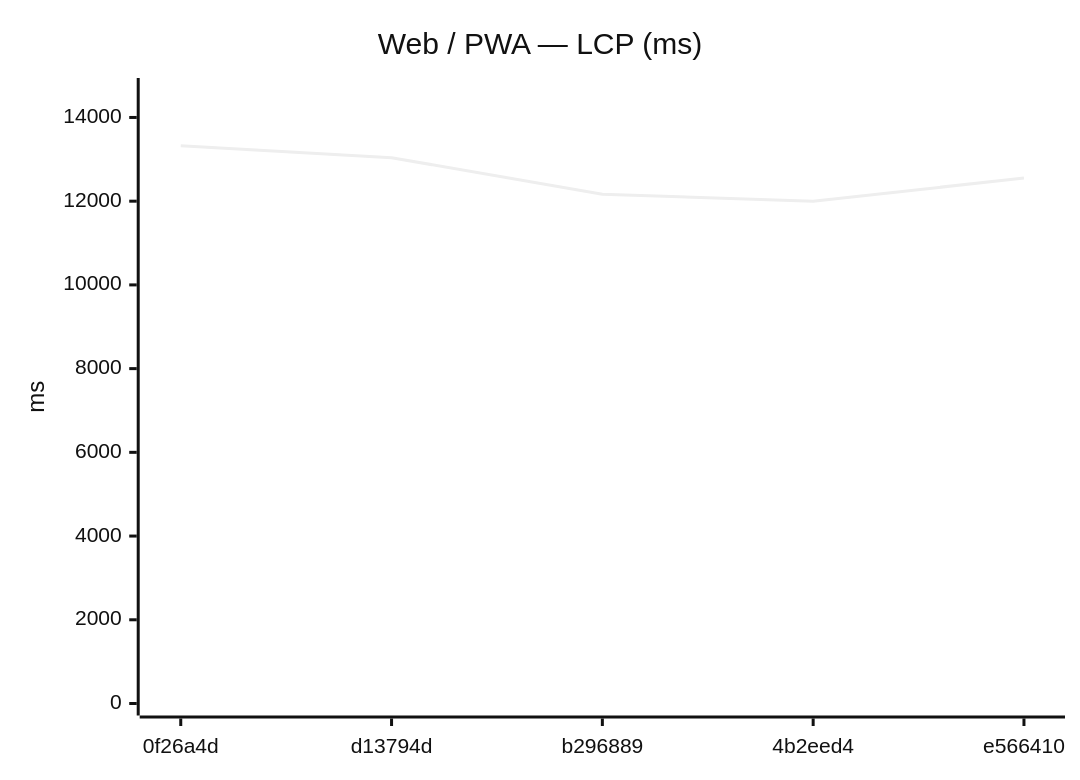
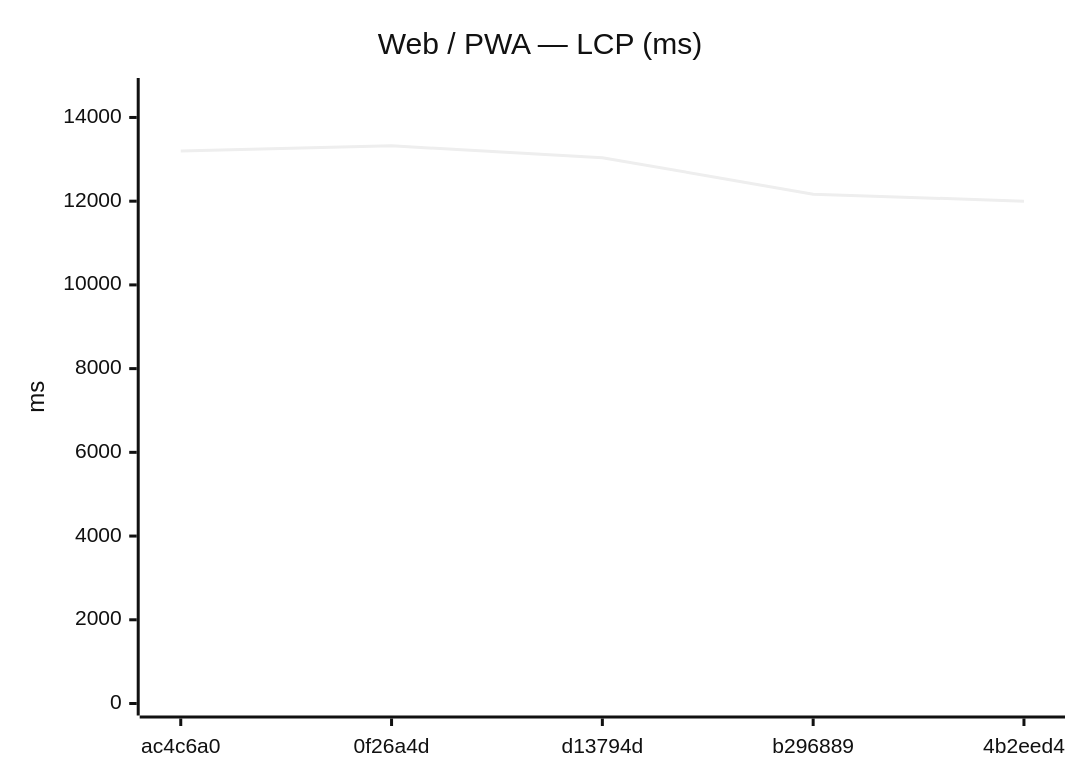
Before and after one commit to Metaheurist/Rianell: the seventh of 18 diagrams in benchmarks/compare.md, drawn with Mermaid (neutral theme). The commit also changed other lines of this file and 11 other files, not shown here.

````diff
--- a/benchmarks/compare.md
+++ b/benchmarks/compare.md
@@ -117,7 +117,7 @@
 ```mermaid
 xychart-beta
     title "Web / PWA — LCP (ms)"
-    x-axis ["0f26a4d", "d13794d", "b296889", "4b2eed4", "e566410"]
+    x-axis ["ac4c6a0", "0f26a4d", "d13794d", "b296889", "4b2eed4"]
     y-axis "ms" 0 --> 14656
-    line [13323, 13038, 12168, 11999, 12553]
+    line [13197, 13323, 13038, 12168, 11999]
 ```
````
